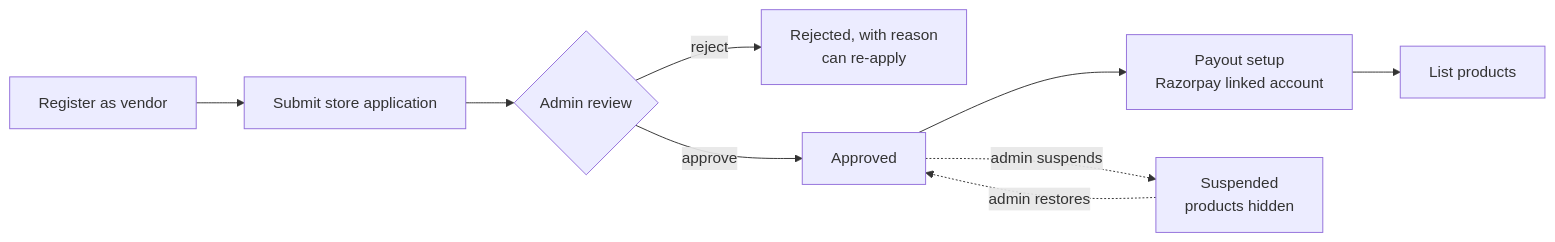
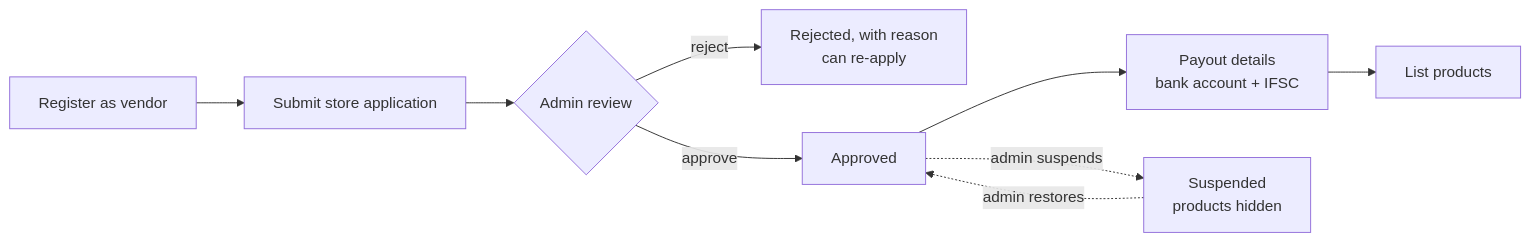
Before and after one commit to Adarsh619/Rout_Adarsh_Pradhan_Capstone_Projects: the first of 3 diagrams in FS-01/docs/specs/02-app-flow.md, drawn with Mermaid. The commit also changed other lines of this file and 15 other files, not shown here.

````diff
--- a/FS-01/docs/specs/02-app-flow.md
+++ b/FS-01/docs/specs/02-app-flow.md
@@ -16,11 +16,11 @@
 ```mermaid
 flowchart LR
   A[Register as vendor] --> B[Submit store application]
   B --> C{Admin review}
   C -- reject --> D[Rejected, with reason<br/>can re-apply]
   C -- approve --> E[Approved]
-  E --> F[Payout setup<br/>Razorpay linked account]
+  E --> F[Payout details<br/>bank account + IFSC]
   F --> G[List products]
   E -. admin suspends .-> H[Suspended<br/>products hidden]
   H -. admin restores .-> E
 ```
````
